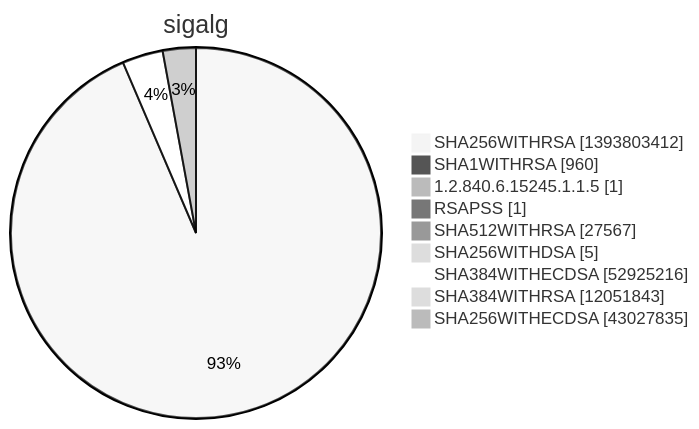
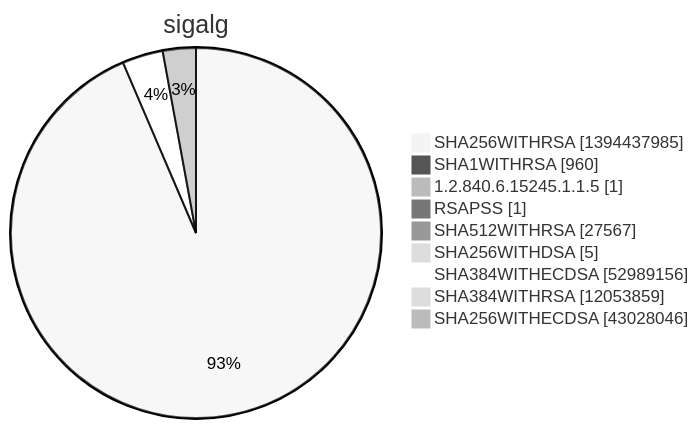
Before and after one commit to christiankrug/ctmonitor_visualization: diagram 15 of 15 in argon2022/README.md, drawn with Mermaid (neutral theme). The commit also changed other lines of this file, not shown here.

````diff
--- a/argon2022/README.md
+++ b/argon2022/README.md
@@ -5524,13 +5524,13 @@
 ```mermaid
 pie showData
 title sigalg
-"SHA256WITHRSA" :1393803412
+"SHA256WITHRSA" :1394437985
 "SHA1WITHRSA" :960
 "1.2.840.6.15245.1.1.5" :1
 "RSAPSS" :1
 "SHA512WITHRSA" :27567
 "SHA256WITHDSA" :5
-"SHA384WITHECDSA" :52925216
-"SHA384WITHRSA" :12051843
-"SHA256WITHECDSA" :43027835
+"SHA384WITHECDSA" :52989156
+"SHA384WITHRSA" :12053859
+"SHA256WITHECDSA" :43028046
 ```
````
